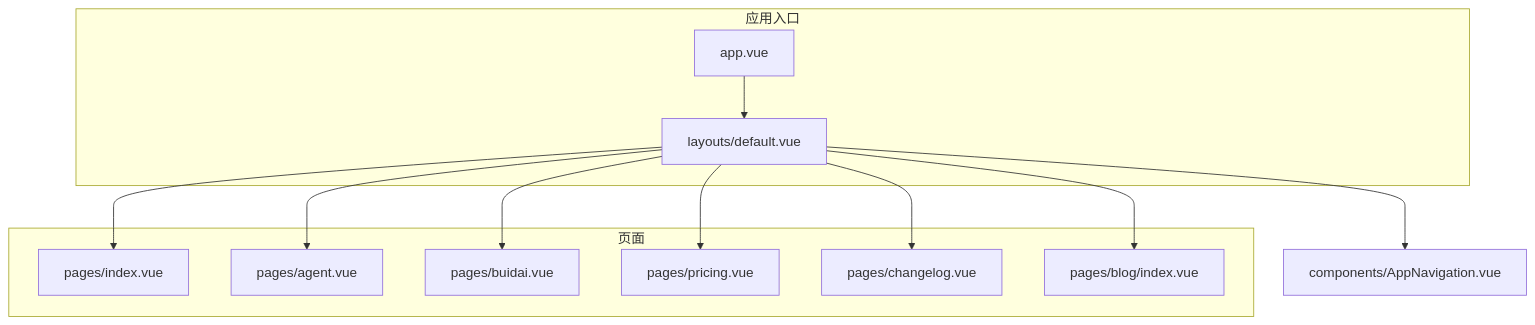
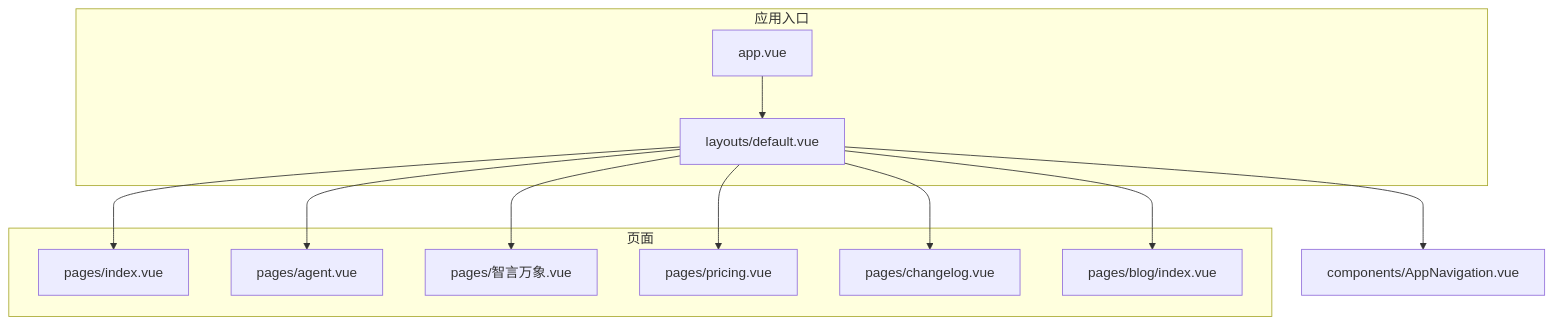
The first of 8 diagrams in .qoder/repowiki/zh/content/UI组件架构/导航系统.md (lllyyysss77/buidai), drawn with Mermaid before and after one commit. The commit also changed other lines of this file and 163 other files, not shown here.

````diff
--- a/.qoder/repowiki/zh/content/UI组件架构/导航系统.md
+++ b/.qoder/repowiki/zh/content/UI组件架构/导航系统.md
@@ -41,24 +41,24 @@
 ```mermaid
 graph TB
 subgraph "应用入口"
 APP["app.vue"]
 LAYOUT["layouts/default.vue"]
 end
 subgraph "页面"
 PAGE_INDEX["pages/index.vue"]
 PAGE_AGENT["pages/agent.vue"]
-PAGE_BUIDAI["pages/buidai.vue"]
+PAGE_智言万象["pages/智言万象.vue"]
 PAGE_PRICING["pages/pricing.vue"]
 PAGE_CHANGELOG["pages/changelog.vue"]
 PAGE_BLOG["pages/blog/index.vue"]
 end
 NAV["components/AppNavigation.vue"]
 APP --> LAYOUT
 LAYOUT --> NAV
 LAYOUT --> PAGE_INDEX
 LAYOUT --> PAGE_AGENT
-LAYOUT --> PAGE_BUIDAI
+LAYOUT --> PAGE_智言万象
 LAYOUT --> PAGE_PRICING
 LAYOUT --> PAGE_CHANGELOG
 LAYOUT --> PAGE_BLOG
 ```
````
